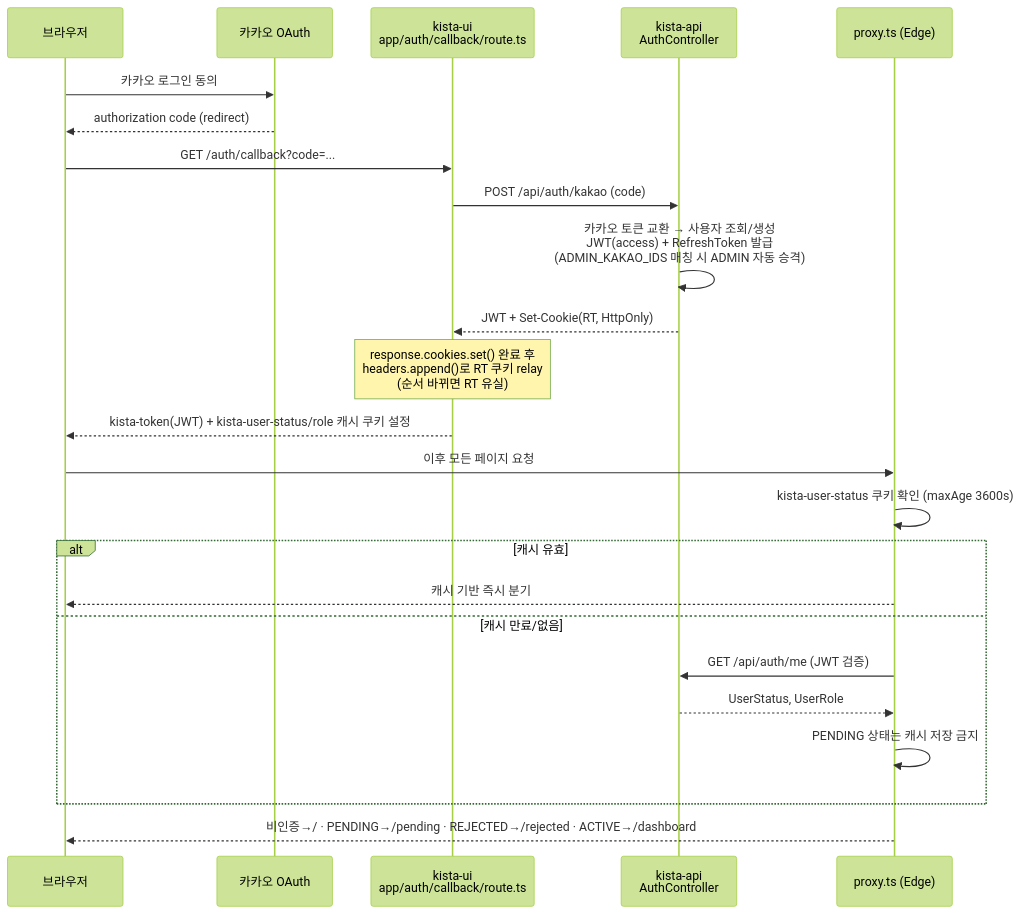
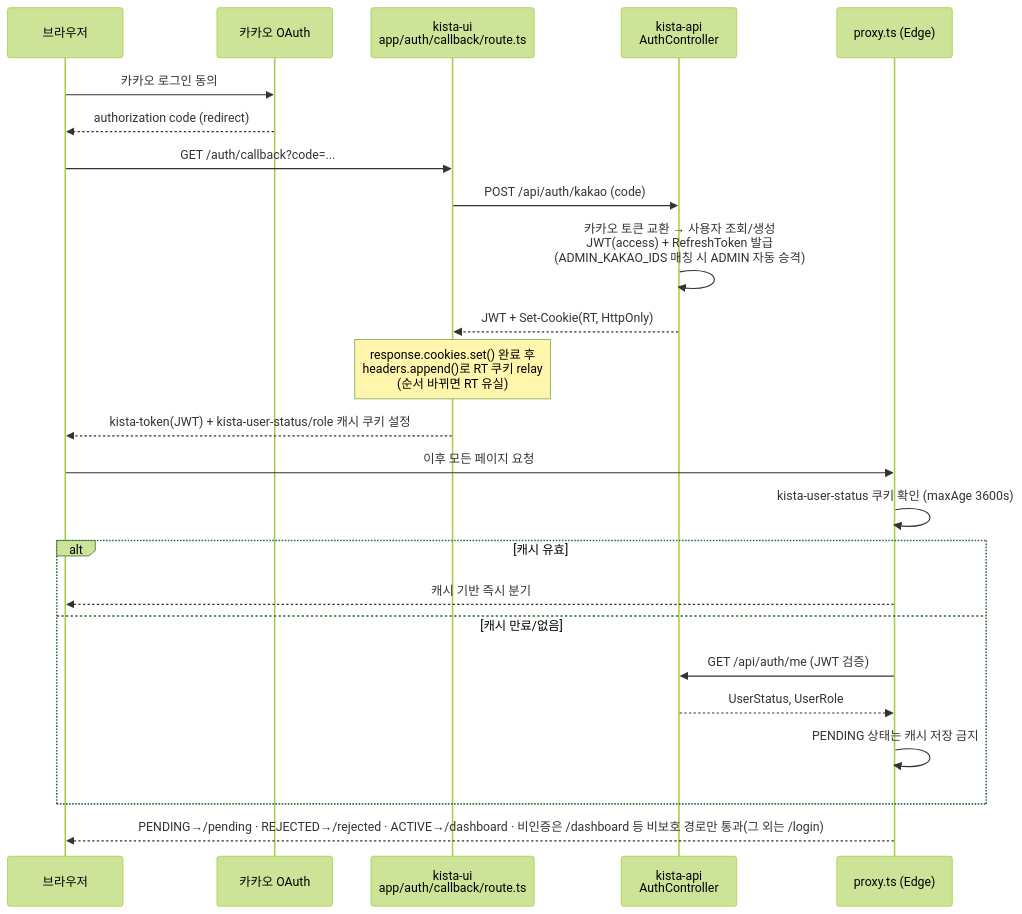
One commit to narafu/kista-ui changed the third of 4 diagrams in README.md. Above: the diagram before and after it, drawn with Mermaid (forest theme). The commit also changed 15 other files, not shown here.

````diff
--- a/README.md
+++ b/README.md
@@ -93,27 +93,27 @@
 ```mermaid
 sequenceDiagram
     participant B as 브라우저
     participant K as 카카오 OAuth
     participant CB as kista-ui<br/>app/auth/callback/route.ts
     participant API as kista-api<br/>AuthController
     participant P as proxy.ts (Edge)
 
     B->>K: 카카오 로그인 동의
     K-->>B: authorization code (redirect)
     B->>CB: GET /auth/callback?code=...
     CB->>API: POST /api/auth/kakao (code)
     API->>API: 카카오 토큰 교환 → 사용자 조회/생성<br/>JWT(access) + RefreshToken 발급<br/>(ADMIN_KAKAO_IDS 매칭 시 ADMIN 자동 승격)
     API-->>CB: JWT + Set-Cookie(RT, HttpOnly)
     Note over CB: response.cookies.set() 완료 후<br/>headers.append()로 RT 쿠키 relay<br/>(순서 바뀌면 RT 유실)
     CB-->>B: kista-token(JWT) + kista-user-status/role 캐시 쿠키 설정
     B->>P: 이후 모든 페이지 요청
     P->>P: kista-user-status 쿠키 확인 (maxAge 3600s)
     alt 캐시 유효
         P-->>B: 캐시 기반 즉시 분기
     else 캐시 만료/없음
         P->>API: GET /api/auth/me (JWT 검증)
         API-->>P: UserStatus, UserRole
         P->>P: PENDING 상태는 캐시 저장 금지
     end
-    P-->>B: 비인증→/ · PENDING→/pending · REJECTED→/rejected · ACTIVE→/dashboard
+    P-->>B: PENDING→/pending · REJECTED→/rejected · ACTIVE→/dashboard · 비인증은 /dashboard 등 비보호 경로만 통과(그 외는 /login)
 ```
````
